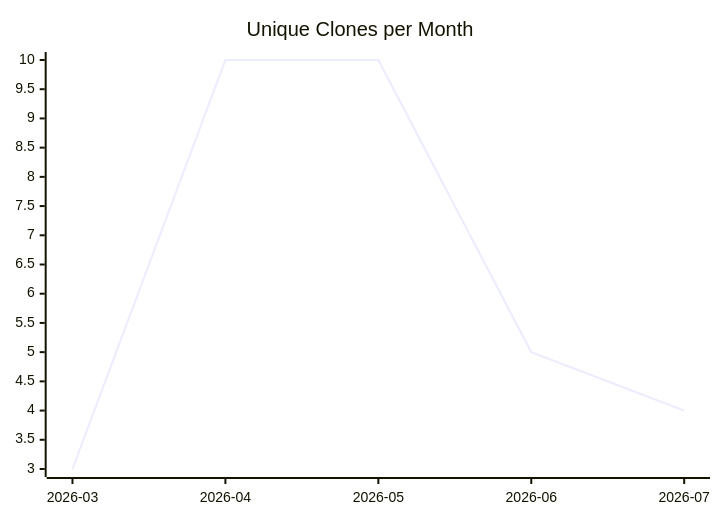
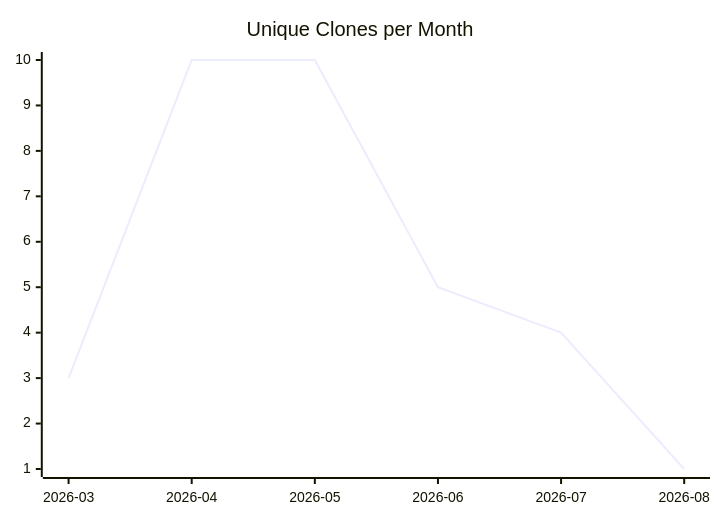
One commit to justdavis-family/github-analytics-data changed the third of 3 diagrams in karlmdavis/can-i-kayak-baltimore/README.md. Above: the diagram before and after it, drawn with Mermaid. The commit also changed other lines of this file and 180 other files, not shown here.

````diff
--- a/karlmdavis/can-i-kayak-baltimore/README.md
+++ b/karlmdavis/can-i-kayak-baltimore/README.md
@@ -19,6 +19,6 @@
 ```mermaid
 xychart-beta
   title "Unique Clones per Month"
-  x-axis ["2026-03", "2026-04", "2026-05", "2026-06", "2026-07"]
-  line [3, 10, 10, 5, 4]
+  x-axis ["2026-03", "2026-04", "2026-05", "2026-06", "2026-07", "2026-08"]
+  line [3, 10, 10, 5, 4, 1]
 ```
````
